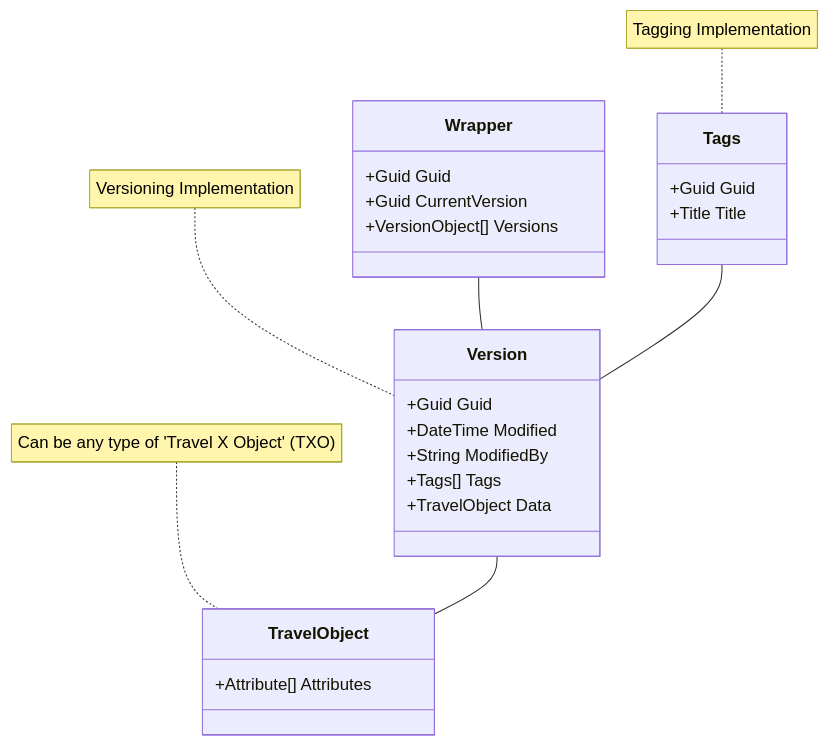
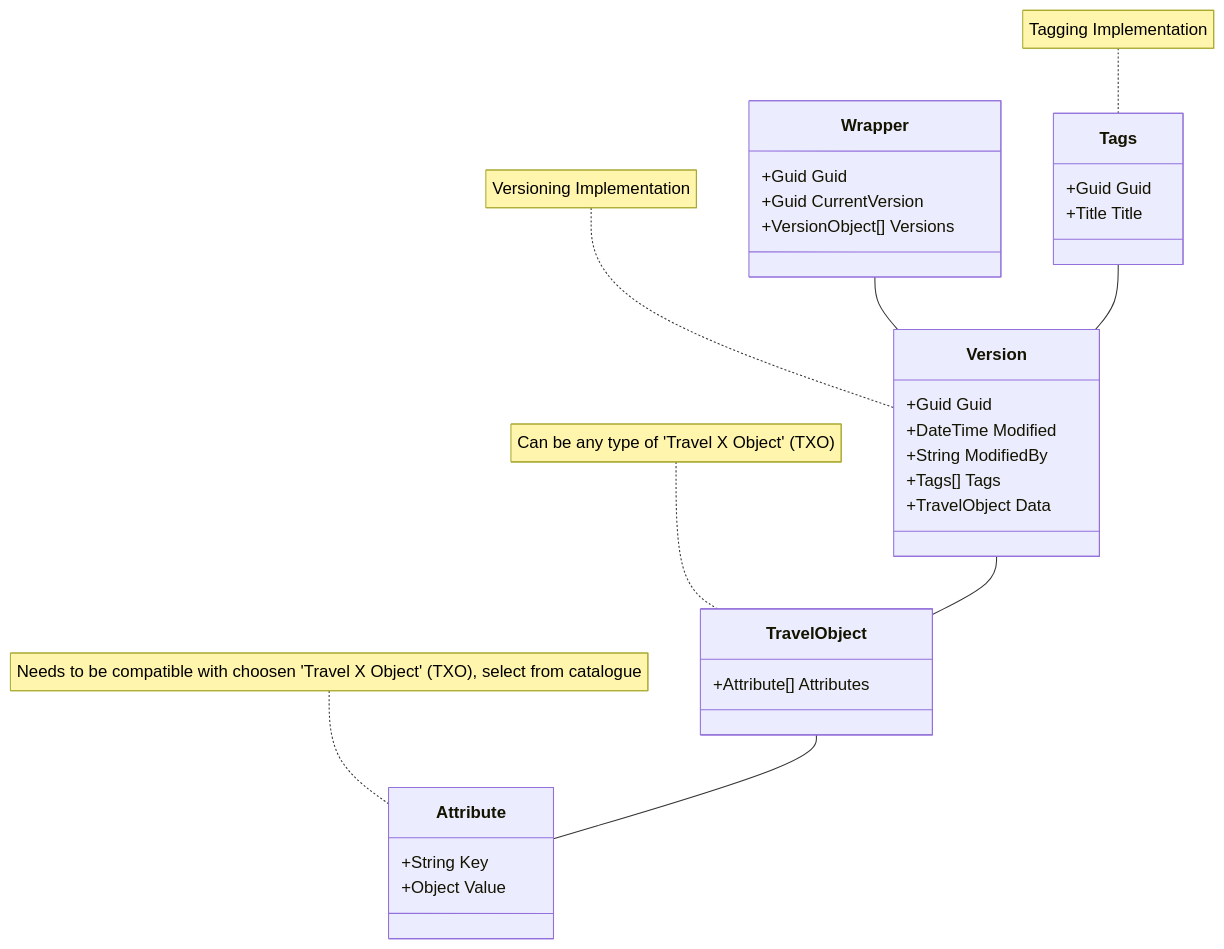
The diagram in Travel Object TO.md (OSSTRA/TXDM), drawn with Mermaid before and after one commit.

Commit message:
Update Travel Object TO.md

````diff
--- a/Travel Object TO.md
+++ b/Travel Object TO.md
@@ -14,28 +14,34 @@
 ```mermaid
 classDiagram
 Wrapper -- Version
 Tags -- Version
 Version -- TravelObject
+TravelObject -- Attribute
     class Wrapper{
       +Guid Guid
       +Guid CurrentVersion
       +VersionObject[] Versions
     }
     class Version{
       +Guid Guid
       +DateTime Modified
       +String ModifiedBy
       +Tags[] Tags
       +TravelObject Data
     }
     class Tags{
         +Guid Guid
         +Title Title
     }
     class TravelObject{
         +Attribute[] Attributes
     }
+    class Attribute{
+        +String Key
+        +Object Value
+    }
     note for Version "Versioning Implementation"
     note for Tags "Tagging Implementation"
     note for TravelObject "Can be any type of 'Travel X Object' (TXO)"
+    note for Attribute "Needs to be compatible with choosen 'Travel X Object' (TXO), select from catalogue"
 ```
````
